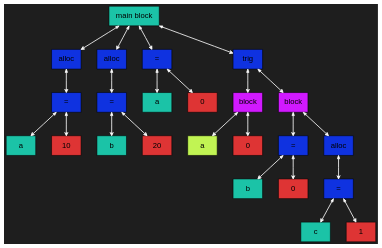
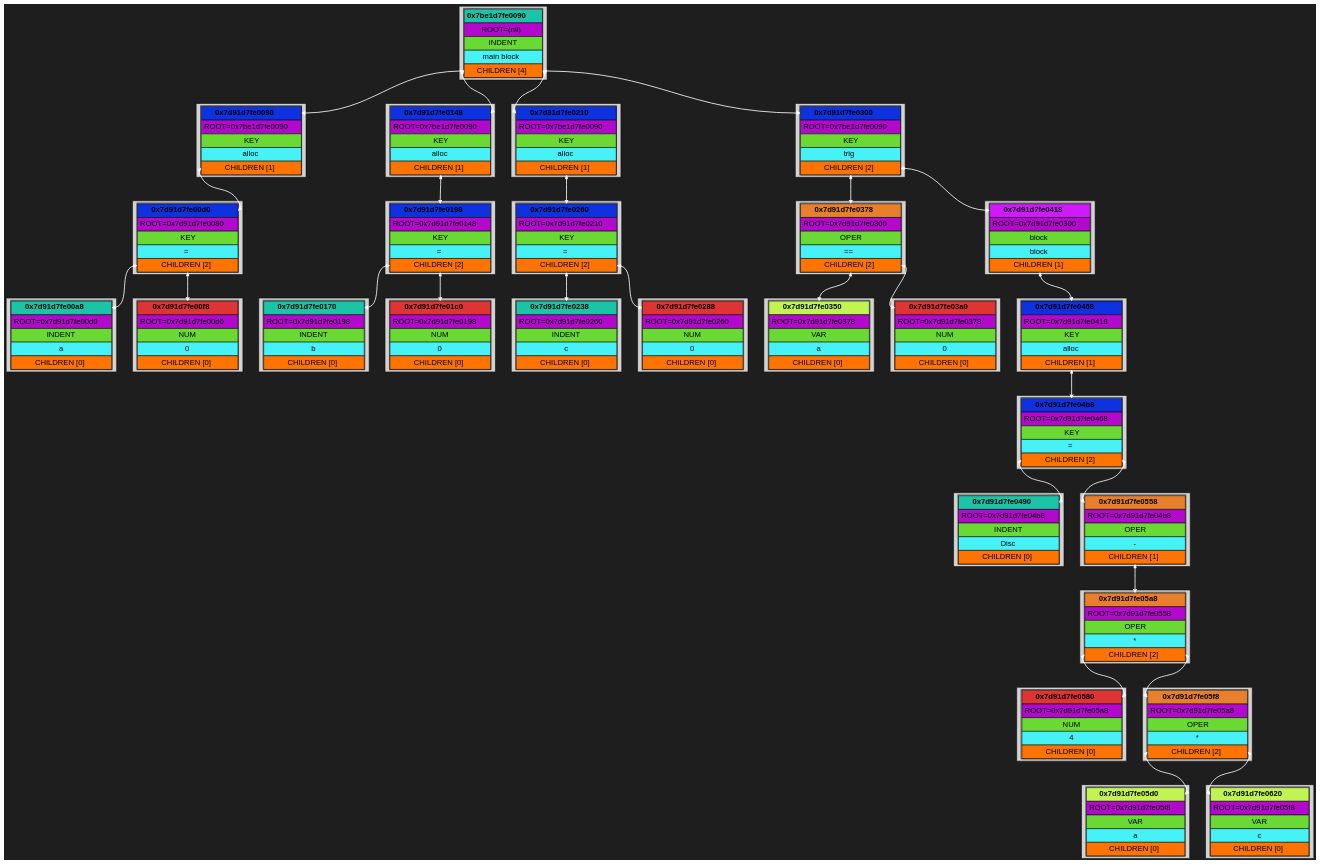
Before and after one commit to Kabuto-Mainer/Language: the diagram in Dump/graph.dot, drawn with Graphviz. The commit also changed 10 other files, not shown here.

```diff
--- a/Dump/graph.dot
+++ b/Dump/graph.dot
@@ -1,57 +1,307 @@
 digraph {
   rankdir=UD;
   bgcolor="#1e1e1e"
+  splines=spline;
   nodesep=0.4;
   ranksep=0.6;
   node [shape=plaintext, style=filled, fontname="Helvetica"];
   edge [arrowhead=vee, arrowsize=0.6, penwidth=1.2];
 
-block_0x7d682d9e00a8 [shape=box, style=filled, fillcolor="#1bc3a7ff", label="a"];
-block_0x7d682d9e00f8 [shape=box, style=filled, fillcolor="#de3434ff", label="10"];
-block_0x7d682d9e00d0 [shape=box, style=filled, fillcolor="#0f32e0ff", label="="];
-block_0x7d682d9e0080 [shape=box, style=filled, fillcolor="#0f32e0ff", label="alloc"];
-block_0x7d682d9e0170 [shape=box, style=filled, fillcolor="#1bc3a7ff", label="b"];
-block_0x7d682d9e01c0 [shape=box, style=filled, fillcolor="#de3434ff", label="20"];
-block_0x7d682d9e0198 [shape=box, style=filled, fillcolor="#0f32e0ff", label="="];
-block_0x7d682d9e0148 [shape=box, style=filled, fillcolor="#0f32e0ff", label="alloc"];
-block_0x7d682d9e0210 [shape=box, style=filled, fillcolor="#1bc3a7ff", label="a"];
-block_0x7d682d9e0260 [shape=box, style=filled, fillcolor="#de3434ff", label="0"];
-block_0x7d682d9e0238 [shape=box, style=filled, fillcolor="#0f32e0ff", label="="];
-block_0x7d682d9e0300 [shape=box, style=filled, fillcolor="#c1f453ff", label="a"];
-block_0x7d682d9e0350 [shape=box, style=filled, fillcolor="#de3434ff", label="0"];
-block_0x7d682d9e0328 [shape=box, style=filled, fillcolor="#d119ffff", label="block"];
-block_0x7d682d9e0440 [shape=box, style=filled, fillcolor="#1bc3a7ff", label="b"];
-block_0x7d682d9e0490 [shape=box, style=filled, fillcolor="#de3434ff", label="0"];
-block_0x7d682d9e0468 [shape=box, style=filled, fillcolor="#0f32e0ff", label="="];
-block_0x7d682d9e0530 [shape=box, style=filled, fillcolor="#1bc3a7ff", label="c"];
-block_0x7d682d9e0580 [shape=box, style=filled, fillcolor="#de3434ff", label="1"];
-block_0x7d682d9e0558 [shape=box, style=filled, fillcolor="#0f32e0ff", label="="];
-block_0x7d682d9e0508 [shape=box, style=filled, fillcolor="#0f32e0ff", label="alloc"];
-block_0x7d682d9e03c8 [shape=box, style=filled, fillcolor="#d119ffff", label="block"];
-block_0x7d682d9e02b0 [shape=box, style=filled, fillcolor="#0f32e0ff", label="trig"];
-block_0x7bf82d9e0090 [shape=box, style=filled, fillcolor="#1bc3a7ff", label="main block"];
-block_0x7d682d9e00d0 -> block_0x7d682d9e00a8 [color="#fefefeff", penwidth = 1.5, arrowsize = 0.6, constraint = true, dir = both];
-block_0x7d682d9e00d0 -> block_0x7d682d9e00f8 [color="#fefefeff", penwidth = 1.5, arrowsize = 0.6, constraint = true, dir = both];
-block_0x7d682d9e0080 -> block_0x7d682d9e00d0 [color="#fefefeff", penwidth = 1.5, arrowsize = 0.6, constraint = true, dir = both];
-block_0x7d682d9e0198 -> block_0x7d682d9e0170 [color="#fefefeff", penwidth = 1.5, arrowsize = 0.6, constraint = true, dir = both];
-block_0x7d682d9e0198 -> block_0x7d682d9e01c0 [color="#fefefeff", penwidth = 1.5, arrowsize = 0.6, constraint = true, dir = both];
-block_0x7d682d9e0148 -> block_0x7d682d9e0198 [color="#fefefeff", penwidth = 1.5, arrowsize = 0.6, constraint = true, dir = both];
-block_0x7d682d9e0238 -> block_0x7d682d9e0210 [color="#fefefeff", penwidth = 1.5, arrowsize = 0.6, constraint = true, dir = both];
-block_0x7d682d9e0238 -> block_0x7d682d9e0260 [color="#fefefeff", penwidth = 1.5, arrowsize = 0.6, constraint = true, dir = both];
-block_0x7d682d9e0328 -> block_0x7d682d9e0300 [color="#fefefeff", penwidth = 1.5, arrowsize = 0.6, constraint = true, dir = both];
-block_0x7d682d9e0328 -> block_0x7d682d9e0350 [color="#fefefeff", penwidth = 1.5, arrowsize = 0.6, constraint = true, dir = both];
-block_0x7d682d9e0468 -> block_0x7d682d9e0440 [color="#fefefeff", penwidth = 1.5, arrowsize = 0.6, constraint = true, dir = both];
-block_0x7d682d9e0468 -> block_0x7d682d9e0490 [color="#fefefeff", penwidth = 1.5, arrowsize = 0.6, constraint = true, dir = both];
-block_0x7d682d9e0558 -> block_0x7d682d9e0530 [color="#fefefeff", penwidth = 1.5, arrowsize = 0.6, constraint = true, dir = both];
-block_0x7d682d9e0558 -> block_0x7d682d9e0580 [color="#fefefeff", penwidth = 1.5, arrowsize = 0.6, constraint = true, dir = both];
-block_0x7d682d9e0508 -> block_0x7d682d9e0558 [color="#fefefeff", penwidth = 1.5, arrowsize = 0.6, constraint = true, dir = both];
-block_0x7d682d9e03c8 -> block_0x7d682d9e0468 [color="#fefefeff", penwidth = 1.5, arrowsize = 0.6, constraint = true, dir = both];
-block_0x7d682d9e03c8 -> block_0x7d682d9e0508 [color="#fefefeff", penwidth = 1.5, arrowsize = 0.6, constraint = true, dir = both];
-block_0x7d682d9e02b0 -> block_0x7d682d9e0328 [color="#fefefeff", penwidth = 1.5, arrowsize = 0.6, constraint = true, dir = both];
-block_0x7d682d9e02b0 -> block_0x7d682d9e03c8 [color="#fefefeff", penwidth = 1.5, arrowsize = 0.6, constraint = true, dir = both];
-block_0x7bf82d9e0090 -> block_0x7d682d9e0080 [color="#fefefeff", penwidth = 1.5, arrowsize = 0.6, constraint = true, dir = both];
-block_0x7bf82d9e0090 -> block_0x7d682d9e0148 [color="#fefefeff", penwidth = 1.5, arrowsize = 0.6, constraint = true, dir = both];
-block_0x7bf82d9e0090 -> block_0x7d682d9e0238 [color="#fefefeff", penwidth = 1.5, arrowsize = 0.6, constraint = true, dir = both];
-block_0x7bf82d9e0090 -> block_0x7d682d9e02b0 [color="#fefefeff", penwidth = 1.5, arrowsize = 0.6, constraint = true, dir = both];
+block_0x7d91d7fe00a8 [shape=box, label=<
+<TABLE CELLSPACING="0" CELLPADDING="4">
+<TR><TD PORT="root" BGCOLOR="#1bc3a7ff" COLSPAN="2"><B>0x7d91d7fe00a8</B></TD></TR>
+<TR><TD BGCOLOR="#b209ccff" COLSPAN="2">ROOT=0x7d91d7fe00d0</TD></TR>
+<TR><TD BGCOLOR="#6bd934ff" COLSPAN="2">INDENT</TD></TR>
+<TR><TD BGCOLOR="#46f2f5ff" COLSPAN="2">a</TD></TR>
+<TR>
+<TD PORT="child" BGCOLOR="#ff7301ff" COLSPAN="2">CHILDREN [0]</TD></TR>
+</TABLE> >];
+
+block_0x7d91d7fe00f8 [shape=box, label=<
+<TABLE CELLSPACING="0" CELLPADDING="4">
+<TR><TD PORT="root" BGCOLOR="#de3434ff" COLSPAN="2"><B>0x7d91d7fe00f8</B></TD></TR>
+<TR><TD BGCOLOR="#b209ccff" COLSPAN="2">ROOT=0x7d91d7fe00d0</TD></TR>
+<TR><TD BGCOLOR="#6bd934ff" COLSPAN="2">NUM</TD></TR>
+<TR><TD BGCOLOR="#46f2f5ff" COLSPAN="2">0</TD></TR>
+<TR>
+<TD PORT="child" BGCOLOR="#ff7301ff" COLSPAN="2">CHILDREN [0]</TD></TR>
+</TABLE> >];
+
+block_0x7d91d7fe00d0 [shape=box, label=<
+<TABLE CELLSPACING="0" CELLPADDING="4">
+<TR><TD PORT="root" BGCOLOR="#0f32e0ff" COLSPAN="2"><B>0x7d91d7fe00d0</B></TD></TR>
+<TR><TD BGCOLOR="#b209ccff" COLSPAN="2">ROOT=0x7d91d7fe0080</TD></TR>
+<TR><TD BGCOLOR="#6bd934ff" COLSPAN="2">KEY</TD></TR>
+<TR><TD BGCOLOR="#46f2f5ff" COLSPAN="2">=</TD></TR>
+<TR>
+<TD PORT="child" BGCOLOR="#ff7301ff" COLSPAN="2">CHILDREN [2]</TD></TR>
+</TABLE> >];
+
+block_0x7d91d7fe0080 [shape=box, label=<
+<TABLE CELLSPACING="0" CELLPADDING="4">
+<TR><TD PORT="root" BGCOLOR="#0f32e0ff" COLSPAN="2"><B>0x7d91d7fe0080</B></TD></TR>
+<TR><TD BGCOLOR="#b209ccff" COLSPAN="2">ROOT=0x7be1d7fe0090</TD></TR>
+<TR><TD BGCOLOR="#6bd934ff" COLSPAN="2">KEY</TD></TR>
+<TR><TD BGCOLOR="#46f2f5ff" COLSPAN="2">alloc</TD></TR>
+<TR>
+<TD PORT="child" BGCOLOR="#ff7301ff" COLSPAN="2">CHILDREN [1]</TD></TR>
+</TABLE> >];
+
+block_0x7d91d7fe0170 [shape=box, label=<
+<TABLE CELLSPACING="0" CELLPADDING="4">
+<TR><TD PORT="root" BGCOLOR="#1bc3a7ff" COLSPAN="2"><B>0x7d91d7fe0170</B></TD></TR>
+<TR><TD BGCOLOR="#b209ccff" COLSPAN="2">ROOT=0x7d91d7fe0198</TD></TR>
+<TR><TD BGCOLOR="#6bd934ff" COLSPAN="2">INDENT</TD></TR>
+<TR><TD BGCOLOR="#46f2f5ff" COLSPAN="2">b</TD></TR>
+<TR>
+<TD PORT="child" BGCOLOR="#ff7301ff" COLSPAN="2">CHILDREN [0]</TD></TR>
+</TABLE> >];
+
+block_0x7d91d7fe01c0 [shape=box, label=<
+<TABLE CELLSPACING="0" CELLPADDING="4">
+<TR><TD PORT="root" BGCOLOR="#de3434ff" COLSPAN="2"><B>0x7d91d7fe01c0</B></TD></TR>
+<TR><TD BGCOLOR="#b209ccff" COLSPAN="2">ROOT=0x7d91d7fe0198</TD></TR>
+<TR><TD BGCOLOR="#6bd934ff" COLSPAN="2">NUM</TD></TR>
+<TR><TD BGCOLOR="#46f2f5ff" COLSPAN="2">0</TD></TR>
+<TR>
+<TD PORT="child" BGCOLOR="#ff7301ff" COLSPAN="2">CHILDREN [0]</TD></TR>
+</TABLE> >];
+
+block_0x7d91d7fe0198 [shape=box, label=<
+<TABLE CELLSPACING="0" CELLPADDING="4">
+<TR><TD PORT="root" BGCOLOR="#0f32e0ff" COLSPAN="2"><B>0x7d91d7fe0198</B></TD></TR>
+<TR><TD BGCOLOR="#b209ccff" COLSPAN="2">ROOT=0x7d91d7fe0148</TD></TR>
+<TR><TD BGCOLOR="#6bd934ff" COLSPAN="2">KEY</TD></TR>
+<TR><TD BGCOLOR="#46f2f5ff" COLSPAN="2">=</TD></TR>
+<TR>
+<TD PORT="child" BGCOLOR="#ff7301ff" COLSPAN="2">CHILDREN [2]</TD></TR>
+</TABLE> >];
+
+block_0x7d91d7fe0148 [shape=box, label=<
+<TABLE CELLSPACING="0" CELLPADDING="4">
+<TR><TD PORT="root" BGCOLOR="#0f32e0ff" COLSPAN="2"><B>0x7d91d7fe0148</B></TD></TR>
+<TR><TD BGCOLOR="#b209ccff" COLSPAN="2">ROOT=0x7be1d7fe0090</TD></TR>
+<TR><TD BGCOLOR="#6bd934ff" COLSPAN="2">KEY</TD></TR>
+<TR><TD BGCOLOR="#46f2f5ff" COLSPAN="2">alloc</TD></TR>
+<TR>
+<TD PORT="child" BGCOLOR="#ff7301ff" COLSPAN="2">CHILDREN [1]</TD></TR>
+</TABLE> >];
+
+block_0x7d91d7fe0238 [shape=box, label=<
+<TABLE CELLSPACING="0" CELLPADDING="4">
+<TR><TD PORT="root" BGCOLOR="#1bc3a7ff" COLSPAN="2"><B>0x7d91d7fe0238</B></TD></TR>
+<TR><TD BGCOLOR="#b209ccff" COLSPAN="2">ROOT=0x7d91d7fe0260</TD></TR>
+<TR><TD BGCOLOR="#6bd934ff" COLSPAN="2">INDENT</TD></TR>
+<TR><TD BGCOLOR="#46f2f5ff" COLSPAN="2">c</TD></TR>
+<TR>
+<TD PORT="child" BGCOLOR="#ff7301ff" COLSPAN="2">CHILDREN [0]</TD></TR>
+</TABLE> >];
+
+block_0x7d91d7fe0288 [shape=box, label=<
+<TABLE CELLSPACING="0" CELLPADDING="4">
+<TR><TD PORT="root" BGCOLOR="#de3434ff" COLSPAN="2"><B>0x7d91d7fe0288</B></TD></TR>
+<TR><TD BGCOLOR="#b209ccff" COLSPAN="2">ROOT=0x7d91d7fe0260</TD></TR>
+<TR><TD BGCOLOR="#6bd934ff" COLSPAN="2">NUM</TD></TR>
+<TR><TD BGCOLOR="#46f2f5ff" COLSPAN="2">0</TD></TR>
+<TR>
+<TD PORT="child" BGCOLOR="#ff7301ff" COLSPAN="2">CHILDREN [0]</TD></TR>
+</TABLE> >];
+
+block_0x7d91d7fe0260 [shape=box, label=<
+<TABLE CELLSPACING="0" CELLPADDING="4">
+<TR><TD PORT="root" BGCOLOR="#0f32e0ff" COLSPAN="2"><B>0x7d91d7fe0260</B></TD></TR>
+<TR><TD BGCOLOR="#b209ccff" COLSPAN="2">ROOT=0x7d91d7fe0210</TD></TR>
+<TR><TD BGCOLOR="#6bd934ff" COLSPAN="2">KEY</TD></TR>
+<TR><TD BGCOLOR="#46f2f5ff" COLSPAN="2">=</TD></TR>
+<TR>
+<TD PORT="child" BGCOLOR="#ff7301ff" COLSPAN="2">CHILDREN [2]</TD></TR>
+</TABLE> >];
+
+block_0x7d91d7fe0210 [shape=box, label=<
+<TABLE CELLSPACING="0" CELLPADDING="4">
+<TR><TD PORT="root" BGCOLOR="#0f32e0ff" COLSPAN="2"><B>0x7d91d7fe0210</B></TD></TR>
+<TR><TD BGCOLOR="#b209ccff" COLSPAN="2">ROOT=0x7be1d7fe0090</TD></TR>
+<TR><TD BGCOLOR="#6bd934ff" COLSPAN="2">KEY</TD></TR>
+<TR><TD BGCOLOR="#46f2f5ff" COLSPAN="2">alloc</TD></TR>
+<TR>
+<TD PORT="child" BGCOLOR="#ff7301ff" COLSPAN="2">CHILDREN [1]</TD></TR>
+</TABLE> >];
+
+block_0x7d91d7fe0350 [shape=box, label=<
+<TABLE CELLSPACING="0" CELLPADDING="4">
+<TR><TD PORT="root" BGCOLOR="#c1f453ff" COLSPAN="2"><B>0x7d91d7fe0350</B></TD></TR>
+<TR><TD BGCOLOR="#b209ccff" COLSPAN="2">ROOT=0x7d91d7fe0378</TD></TR>
+<TR><TD BGCOLOR="#6bd934ff" COLSPAN="2">VAR</TD></TR>
+<TR><TD BGCOLOR="#46f2f5ff" COLSPAN="2">a</TD></TR>
+<TR>
+<TD PORT="child" BGCOLOR="#ff7301ff" COLSPAN="2">CHILDREN [0]</TD></TR>
+</TABLE> >];
+
+block_0x7d91d7fe03a0 [shape=box, label=<
+<TABLE CELLSPACING="0" CELLPADDING="4">
+<TR><TD PORT="root" BGCOLOR="#de3434ff" COLSPAN="2"><B>0x7d91d7fe03a0</B></TD></TR>
+<TR><TD BGCOLOR="#b209ccff" COLSPAN="2">ROOT=0x7d91d7fe0378</TD></TR>
+<TR><TD BGCOLOR="#6bd934ff" COLSPAN="2">NUM</TD></TR>
+<TR><TD BGCOLOR="#46f2f5ff" COLSPAN="2">0</TD></TR>
+<TR>
+<TD PORT="child" BGCOLOR="#ff7301ff" COLSPAN="2">CHILDREN [0]</TD></TR>
+</TABLE> >];
+
+block_0x7d91d7fe0378 [shape=box, label=<
+<TABLE CELLSPACING="0" CELLPADDING="4">
+<TR><TD PORT="root" BGCOLOR="#e8802bff" COLSPAN="2"><B>0x7d91d7fe0378</B></TD></TR>
+<TR><TD BGCOLOR="#b209ccff" COLSPAN="2">ROOT=0x7d91d7fe0300</TD></TR>
+<TR><TD BGCOLOR="#6bd934ff" COLSPAN="2">OPER</TD></TR>
+<TR><TD BGCOLOR="#46f2f5ff" COLSPAN="2">==</TD></TR>
+<TR>
+<TD PORT="child" BGCOLOR="#ff7301ff" COLSPAN="2">CHILDREN [2]</TD></TR>
+</TABLE> >];
+
+block_0x7d91d7fe0490 [shape=box, label=<
+<TABLE CELLSPACING="0" CELLPADDING="4">
+<TR><TD PORT="root" BGCOLOR="#1bc3a7ff" COLSPAN="2"><B>0x7d91d7fe0490</B></TD></TR>
+<TR><TD BGCOLOR="#b209ccff" COLSPAN="2">ROOT=0x7d91d7fe04b8</TD></TR>
+<TR><TD BGCOLOR="#6bd934ff" COLSPAN="2">INDENT</TD></TR>
+<TR><TD BGCOLOR="#46f2f5ff" COLSPAN="2">Disc</TD></TR>
+<TR>
+<TD PORT="child" BGCOLOR="#ff7301ff" COLSPAN="2">CHILDREN [0]</TD></TR>
+</TABLE> >];
+
+block_0x7d91d7fe0580 [shape=box, label=<
+<TABLE CELLSPACING="0" CELLPADDING="4">
+<TR><TD PORT="root" BGCOLOR="#de3434ff" COLSPAN="2"><B>0x7d91d7fe0580</B></TD></TR>
+<TR><TD BGCOLOR="#b209ccff" COLSPAN="2">ROOT=0x7d91d7fe05a8</TD></TR>
+<TR><TD BGCOLOR="#6bd934ff" COLSPAN="2">NUM</TD></TR>
+<TR><TD BGCOLOR="#46f2f5ff" COLSPAN="2">4</TD></TR>
+<TR>
+<TD PORT="child" BGCOLOR="#ff7301ff" COLSPAN="2">CHILDREN [0]</TD></TR>
+</TABLE> >];
+
+block_0x7d91d7fe05d0 [shape=box, label=<
+<TABLE CELLSPACING="0" CELLPADDING="4">
+<TR><TD PORT="root" BGCOLOR="#c1f453ff" COLSPAN="2"><B>0x7d91d7fe05d0</B></TD></TR>
+<TR><TD BGCOLOR="#b209ccff" COLSPAN="2">ROOT=0x7d91d7fe05f8</TD></TR>
+<TR><TD BGCOLOR="#6bd934ff" COLSPAN="2">VAR</TD></TR>
+<TR><TD BGCOLOR="#46f2f5ff" COLSPAN="2">a</TD></TR>
+<TR>
+<TD PORT="child" BGCOLOR="#ff7301ff" COLSPAN="2">CHILDREN [0]</TD></TR>
+</TABLE> >];
+
+block_0x7d91d7fe0620 [shape=box, label=<
+<TABLE CELLSPACING="0" CELLPADDING="4">
+<TR><TD PORT="root" BGCOLOR="#c1f453ff" COLSPAN="2"><B>0x7d91d7fe0620</B></TD></TR>
+<TR><TD BGCOLOR="#b209ccff" COLSPAN="2">ROOT=0x7d91d7fe05f8</TD></TR>
+<TR><TD BGCOLOR="#6bd934ff" COLSPAN="2">VAR</TD></TR>
+<TR><TD BGCOLOR="#46f2f5ff" COLSPAN="2">c</TD></TR>
+<TR>
+<TD PORT="child" BGCOLOR="#ff7301ff" COLSPAN="2">CHILDREN [0]</TD></TR>
+</TABLE> >];
+
+block_0x7d91d7fe05f8 [shape=box, label=<
+<TABLE CELLSPACING="0" CELLPADDING="4">
+<TR><TD PORT="root" BGCOLOR="#e8802bff" COLSPAN="2"><B>0x7d91d7fe05f8</B></TD></TR>
+<TR><TD BGCOLOR="#b209ccff" COLSPAN="2">ROOT=0x7d91d7fe05a8</TD></TR>
+<TR><TD BGCOLOR="#6bd934ff" COLSPAN="2">OPER</TD></TR>
+<TR><TD BGCOLOR="#46f2f5ff" COLSPAN="2">*</TD></TR>
+<TR>
+<TD PORT="child" BGCOLOR="#ff7301ff" COLSPAN="2">CHILDREN [2]</TD></TR>
+</TABLE> >];
+
+block_0x7d91d7fe05a8 [shape=box, label=<
+<TABLE CELLSPACING="0" CELLPADDING="4">
+<TR><TD PORT="root" BGCOLOR="#e8802bff" COLSPAN="2"><B>0x7d91d7fe05a8</B></TD></TR>
+<TR><TD BGCOLOR="#b209ccff" COLSPAN="2">ROOT=0x7d91d7fe0558</TD></TR>
+<TR><TD BGCOLOR="#6bd934ff" COLSPAN="2">OPER</TD></TR>
+<TR><TD BGCOLOR="#46f2f5ff" COLSPAN="2">*</TD></TR>
+<TR>
+<TD PORT="child" BGCOLOR="#ff7301ff" COLSPAN="2">CHILDREN [2]</TD></TR>
+</TABLE> >];
+
+block_0x7d91d7fe0558 [shape=box, label=<
+<TABLE CELLSPACING="0" CELLPADDING="4">
+<TR><TD PORT="root" BGCOLOR="#e8802bff" COLSPAN="2"><B>0x7d91d7fe0558</B></TD></TR>
+<TR><TD BGCOLOR="#b209ccff" COLSPAN="2">ROOT=0x7d91d7fe04b8</TD></TR>
+<TR><TD BGCOLOR="#6bd934ff" COLSPAN="2">OPER</TD></TR>
+<TR><TD BGCOLOR="#46f2f5ff" COLSPAN="2">-</TD></TR>
+<TR>
+<TD PORT="child" BGCOLOR="#ff7301ff" COLSPAN="2">CHILDREN [1]</TD></TR>
+</TABLE> >];
+
+block_0x7d91d7fe04b8 [shape=box, label=<
+<TABLE CELLSPACING="0" CELLPADDING="4">
+<TR><TD PORT="root" BGCOLOR="#0f32e0ff" COLSPAN="2"><B>0x7d91d7fe04b8</B></TD></TR>
+<TR><TD BGCOLOR="#b209ccff" COLSPAN="2">ROOT=0x7d91d7fe0468</TD></TR>
+<TR><TD BGCOLOR="#6bd934ff" COLSPAN="2">KEY</TD></TR>
+<TR><TD BGCOLOR="#46f2f5ff" COLSPAN="2">=</TD></TR>
+<TR>
+<TD PORT="child" BGCOLOR="#ff7301ff" COLSPAN="2">CHILDREN [2]</TD></TR>
+</TABLE> >];
+
+block_0x7d91d7fe0468 [shape=box, label=<
+<TABLE CELLSPACING="0" CELLPADDING="4">
+<TR><TD PORT="root" BGCOLOR="#0f32e0ff" COLSPAN="2"><B>0x7d91d7fe0468</B></TD></TR>
+<TR><TD BGCOLOR="#b209ccff" COLSPAN="2">ROOT=0x7d91d7fe0418</TD></TR>
+<TR><TD BGCOLOR="#6bd934ff" COLSPAN="2">KEY</TD></TR>
+<TR><TD BGCOLOR="#46f2f5ff" COLSPAN="2">alloc</TD></TR>
+<TR>
+<TD PORT="child" BGCOLOR="#ff7301ff" COLSPAN="2">CHILDREN [1]</TD></TR>
+</TABLE> >];
+
+block_0x7d91d7fe0418 [shape=box, label=<
+<TABLE CELLSPACING="0" CELLPADDING="4">
+<TR><TD PORT="root" BGCOLOR="#d119ffff" COLSPAN="2"><B>0x7d91d7fe0418</B></TD></TR>
+<TR><TD BGCOLOR="#b209ccff" COLSPAN="2">ROOT=0x7d91d7fe0300</TD></TR>
+<TR><TD BGCOLOR="#6bd934ff" COLSPAN="2">block</TD></TR>
+<TR><TD BGCOLOR="#46f2f5ff" COLSPAN="2">block</TD></TR>
+<TR>
+<TD PORT="child" BGCOLOR="#ff7301ff" COLSPAN="2">CHILDREN [1]</TD></TR>
+</TABLE> >];
+
+block_0x7d91d7fe0300 [shape=box, label=<
+<TABLE CELLSPACING="0" CELLPADDING="4">
+<TR><TD PORT="root" BGCOLOR="#0f32e0ff" COLSPAN="2"><B>0x7d91d7fe0300</B></TD></TR>
+<TR><TD BGCOLOR="#b209ccff" COLSPAN="2">ROOT=0x7be1d7fe0090</TD></TR>
+<TR><TD BGCOLOR="#6bd934ff" COLSPAN="2">KEY</TD></TR>
+<TR><TD BGCOLOR="#46f2f5ff" COLSPAN="2">trig</TD></TR>
+<TR>
+<TD PORT="child" BGCOLOR="#ff7301ff" COLSPAN="2">CHILDREN [2]</TD></TR>
+</TABLE> >];
+
+block_0x7be1d7fe0090 [shape=box, label=<
+<TABLE CELLSPACING="0" CELLPADDING="4">
+<TR><TD PORT="root" BGCOLOR="#1bc3a7ff" COLSPAN="2"><B>0x7be1d7fe0090</B></TD></TR>
+<TR><TD BGCOLOR="#b209ccff" COLSPAN="2">ROOT=(nil)</TD></TR>
+<TR><TD BGCOLOR="#6bd934ff" COLSPAN="2">INDENT</TD></TR>
+<TR><TD BGCOLOR="#46f2f5ff" COLSPAN="2">main block</TD></TR>
+<TR>
+<TD PORT="child" BGCOLOR="#ff7301ff" COLSPAN="2">CHILDREN [4]</TD></TR>
+</TABLE> >];
+
+block_0x7d91d7fe00d0:child -> block_0x7d91d7fe00a8:root [color="#fefefeff", penwidth = 1.5, arrowsize = 0.6, constraint = true, dir = both];
+block_0x7d91d7fe00d0:child -> block_0x7d91d7fe00f8:root [color="#fefefeff", penwidth = 1.5, arrowsize = 0.6, constraint = true, dir = both];
+block_0x7d91d7fe0080:child -> block_0x7d91d7fe00d0:root [color="#fefefeff", penwidth = 1.5, arrowsize = 0.6, constraint = true, dir = both];
+block_0x7d91d7fe0198:child -> block_0x7d91d7fe0170:root [color="#fefefeff", penwidth = 1.5, arrowsize = 0.6, constraint = true, dir = both];
+block_0x7d91d7fe0198:child -> block_0x7d91d7fe01c0:root [color="#fefefeff", penwidth = 1.5, arrowsize = 0.6, constraint = true, dir = both];
+block_0x7d91d7fe0148:child -> block_0x7d91d7fe0198:root [color="#fefefeff", penwidth = 1.5, arrowsize = 0.6, constraint = true, dir = both];
+block_0x7d91d7fe0260:child -> block_0x7d91d7fe0238:root [color="#fefefeff", penwidth = 1.5, arrowsize = 0.6, constraint = true, dir = both];
+block_0x7d91d7fe0260:child -> block_0x7d91d7fe0288:root [color="#fefefeff", penwidth = 1.5, arrowsize = 0.6, constraint = true, dir = both];
+block_0x7d91d7fe0210:child -> block_0x7d91d7fe0260:root [color="#fefefeff", penwidth = 1.5, arrowsize = 0.6, constraint = true, dir = both];
+block_0x7d91d7fe0378:child -> block_0x7d91d7fe0350:root [color="#fefefeff", penwidth = 1.5, arrowsize = 0.6, constraint = true, dir = both];
+block_0x7d91d7fe0378:child -> block_0x7d91d7fe03a0:root [color="#fefefeff", penwidth = 1.5, arrowsize = 0.6, constraint = true, dir = both];
+block_0x7d91d7fe05f8:child -> block_0x7d91d7fe05d0:root [color="#fefefeff", penwidth = 1.5, arrowsize = 0.6, constraint = true, dir = both];
+block_0x7d91d7fe05f8:child -> block_0x7d91d7fe0620:root [color="#fefefeff", penwidth = 1.5, arrowsize = 0.6, constraint = true, dir = both];
+block_0x7d91d7fe05a8:child -> block_0x7d91d7fe0580:root [color="#fefefeff", penwidth = 1.5, arrowsize = 0.6, constraint = true, dir = both];
+block_0x7d91d7fe05a8:child -> block_0x7d91d7fe05f8:root [color="#fefefeff", penwidth = 1.5, arrowsize = 0.6, constraint = true, dir = both];
+block_0x7d91d7fe0558:child -> block_0x7d91d7fe05a8:root [color="#fefefeff", penwidth = 1.5, arrowsize = 0.6, constraint = true, dir = both];
+block_0x7d91d7fe04b8:child -> block_0x7d91d7fe0490:root [color="#fefefeff", penwidth = 1.5, arrowsize = 0.6, constraint = true, dir = both];
+block_0x7d91d7fe04b8:child -> block_0x7d91d7fe0558:root [color="#fefefeff", penwidth = 1.5, arrowsize = 0.6, constraint = true, dir = both];
+block_0x7d91d7fe0468:child -> block_0x7d91d7fe04b8:root [color="#fefefeff", penwidth = 1.5, arrowsize = 0.6, constraint = true, dir = both];
+block_0x7d91d7fe0418:child -> block_0x7d91d7fe0468:root [color="#fefefeff", penwidth = 1.5, arrowsize = 0.6, constraint = true, dir = both];
+block_0x7d91d7fe0300:child -> block_0x7d91d7fe0378:root [color="#fefefeff", penwidth = 1.5, arrowsize = 0.6, constraint = true, dir = both];
+block_0x7d91d7fe0300:child -> block_0x7d91d7fe0418:root [color="#fefefeff", penwidth = 1.5, arrowsize = 0.6, constraint = true, dir = both];
+block_0x7be1d7fe0090:child -> block_0x7d91d7fe0080:root [color="#fefefeff", penwidth = 1.5, arrowsize = 0.6, constraint = true, dir = both];
+block_0x7be1d7fe0090:child -> block_0x7d91d7fe0148:root [color="#fefefeff", penwidth = 1.5, arrowsize = 0.6, constraint = true, dir = both];
+block_0x7be1d7fe0090:child -> block_0x7d91d7fe0210:root [color="#fefefeff", penwidth = 1.5, arrowsize = 0.6, constraint = true, dir = both];
+block_0x7be1d7fe0090:child -> block_0x7d91d7fe0300:root [color="#fefefeff", penwidth = 1.5, arrowsize = 0.6, constraint = true, dir = both];
 
 }
```
